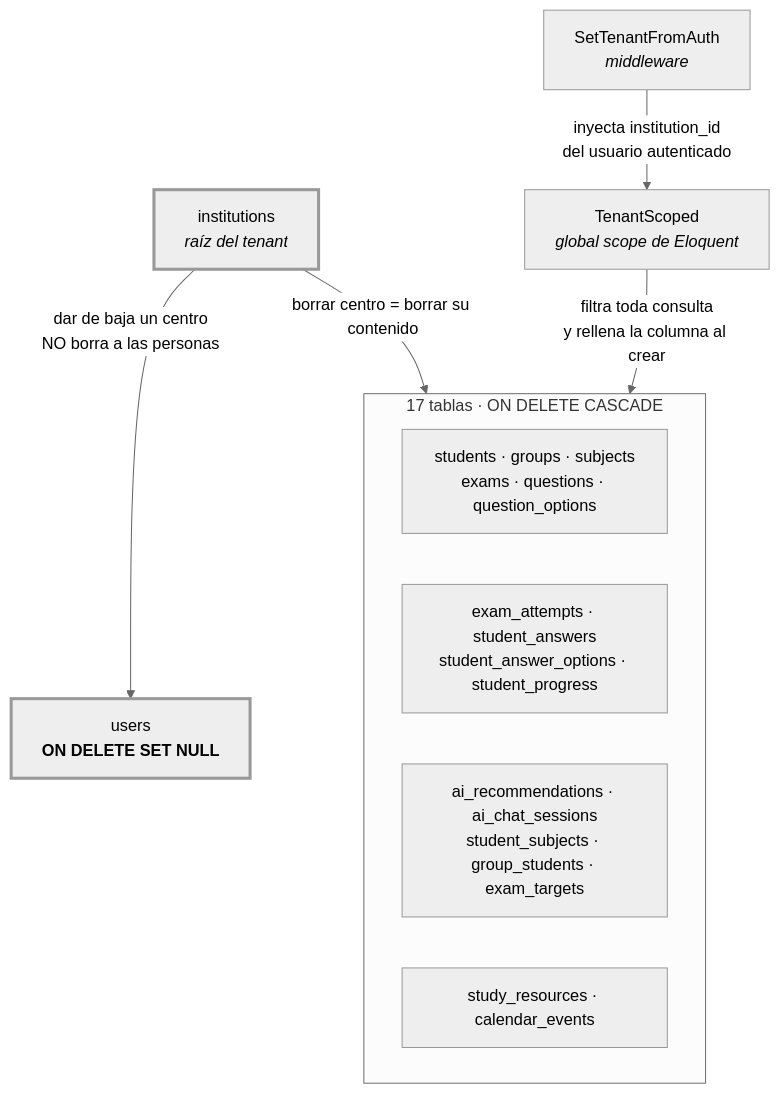
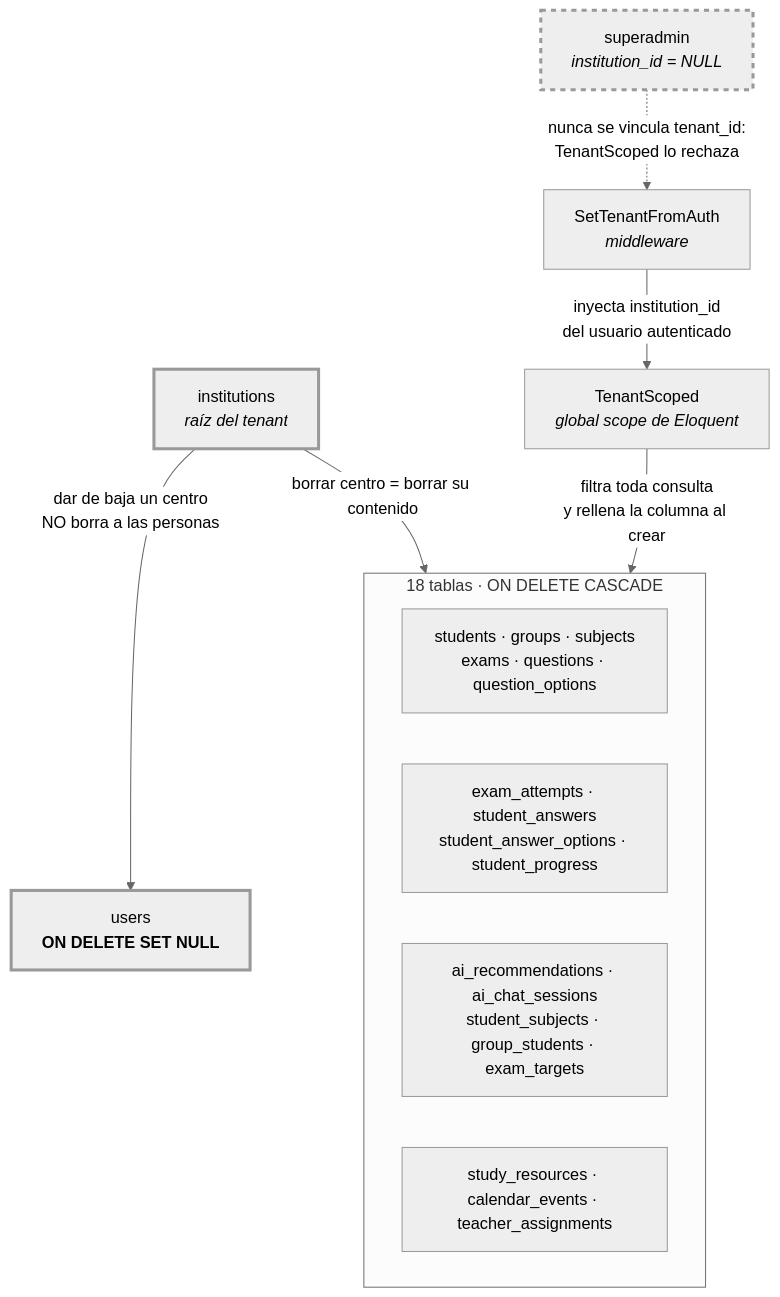
Before and after one commit to Infil505/NeoEduCore-Back: the fifth of 16 diagrams in docs/DIAGRAMAS.md, drawn with Mermaid (neutral theme). The commit also changed other lines of this file and 3 other files, not shown here.

````diff
--- a/docs/DIAGRAMAS.md
+++ b/docs/DIAGRAMAS.md
@@ -353,26 +385,30 @@
 ```mermaid
 flowchart TB
     INST["institutions<br/><i>raíz del tenant</i>"]
 
-    subgraph CASCADE["17 tablas · ON DELETE CASCADE"]
+    subgraph CASCADE["18 tablas · ON DELETE CASCADE"]
         direction LR
         A["students · groups · subjects<br/>exams · questions · question_options"]
         B["exam_attempts · student_answers<br/>student_answer_options · student_progress"]
         C["ai_recommendations · ai_chat_sessions<br/>student_subjects · group_students · exam_targets"]
-        D["study_resources · calendar_events"]
+        D["study_resources · calendar_events · teacher_assignments"]
     end
 
     SETNULL["users<br/><b>ON DELETE SET NULL</b>"]
 
     INST -->|"borrar centro = borrar su contenido"| CASCADE
     INST -->|"dar de baja un centro<br/>NO borra a las personas"| SETNULL
 
     SCOPE["TenantScoped<br/><i>global scope de Eloquent</i>"]
     MW["SetTenantFromAuth<br/><i>middleware</i>"]
 
     MW -->|"inyecta institution_id<br/>del usuario autenticado"| SCOPE
     SCOPE -->|"filtra toda consulta<br/>y rellena la columna al crear"| CASCADE
 
+    SUPER["superadmin<br/><i>institution_id = NULL</i>"]
+    SUPER -.->|"nunca se vincula tenant_id:<br/>TenantScoped lo rechaza"| MW
+
     style SETNULL stroke-width:3px
     style INST stroke-width:3px
+    style SUPER stroke-width:3px,stroke-dasharray: 5 5
 ```
````
